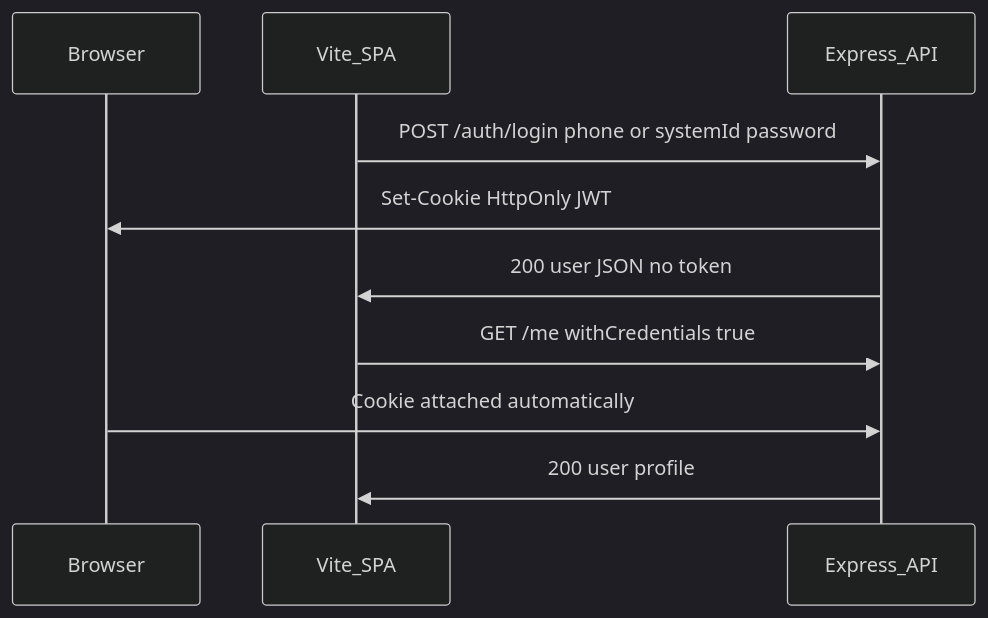
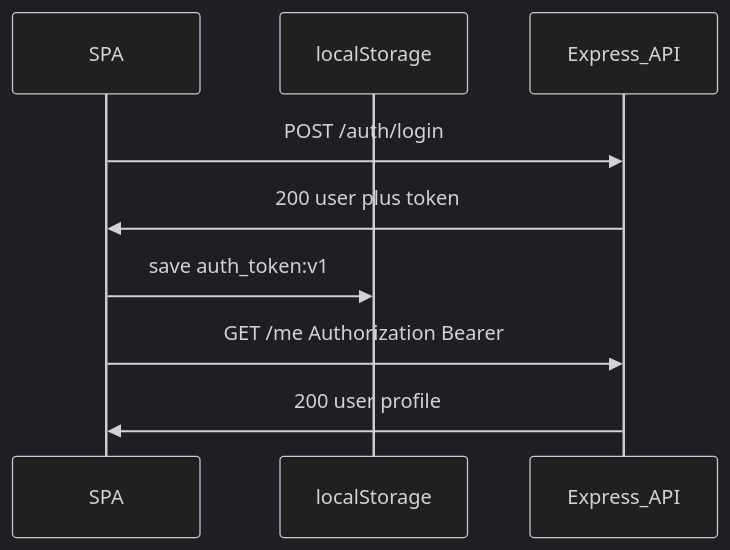
The diagram in server/docs/auth.md (AnuragAmbekar741/community-workers-tool), drawn with Mermaid (dark theme) before and after one commit. The commit also changed other lines of this file and 23 other files, not shown here.

Commit message:
server cookie to local storage

````diff
--- a/server/docs/auth.md
+++ b/server/docs/auth.md
@@ -72,13 +58,12 @@
 ```mermaid
 sequenceDiagram
-  participant Browser
-  participant SPA as Vite_SPA
+  participant SPA
+  participant LS as localStorage
   participant API as Express_API
 
-  SPA->>API: POST /auth/login phone or systemId password
-  API->>Browser: Set-Cookie HttpOnly JWT
-  API->>SPA: 200 user JSON no token
-  SPA->>API: GET /me withCredentials true
-  Browser->>API: Cookie attached automatically
+  SPA->>API: POST /auth/login
+  API->>SPA: 200 user plus token
+  SPA->>LS: save auth_token:v1
+  SPA->>API: GET /me Authorization Bearer
   API->>SPA: 200 user profile
 ```
````
